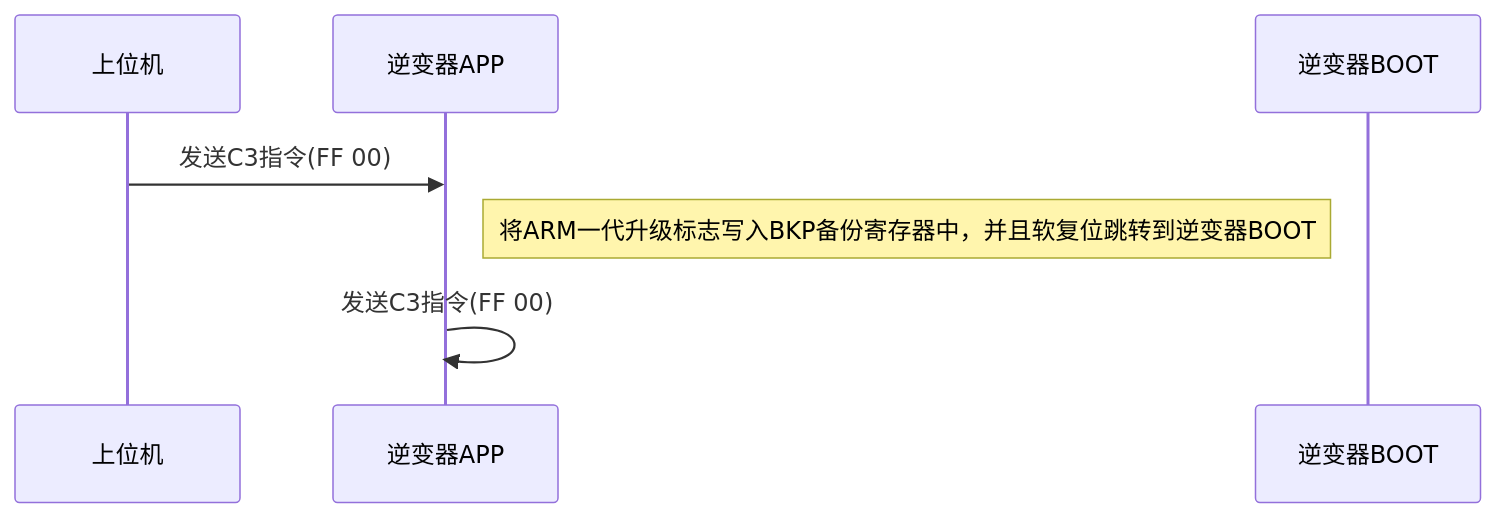
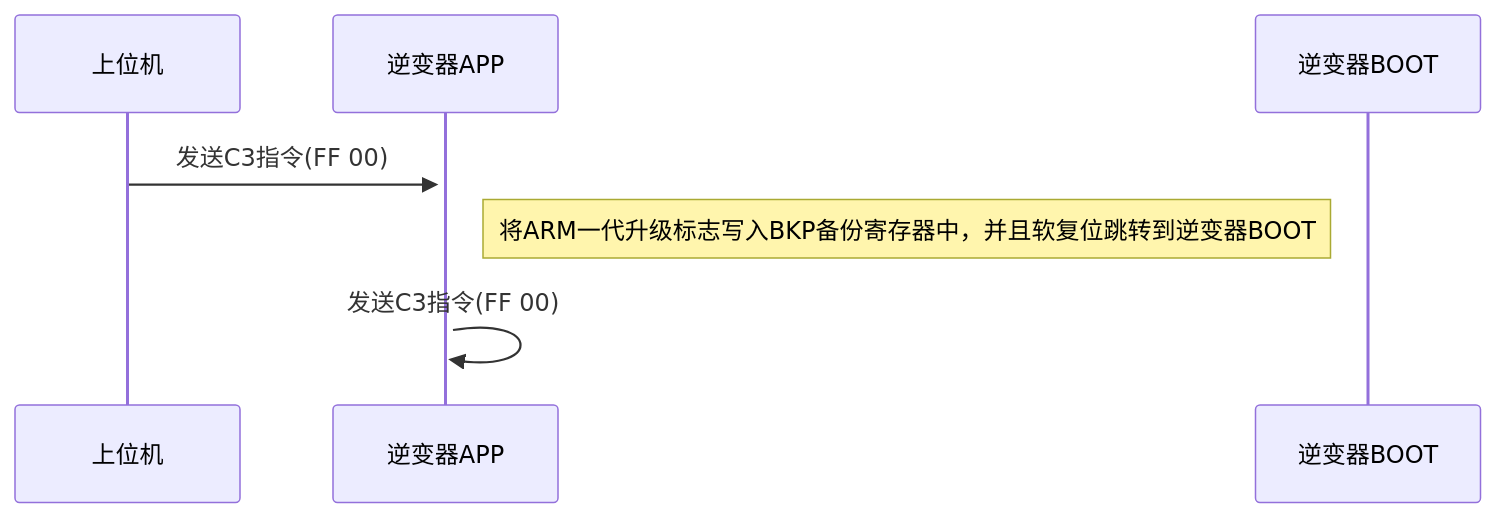
The diagram in all/未命名-2.md (2078142847/iodraw-files), drawn with Mermaid before and after one commit.

Commit message:
2024-05-30 14:37:41 update

````diff
--- a/all/未命名-2.md
+++ b/all/未命名-2.md
@@ -1,12 +1,12 @@
 ```mermaid
 sequenceDiagram
     participant A as 上位机
     participant B as 逆变器APP
     participant C as 逆变器BOOT
     
-    A->>B: 发送C3指令(FF 00)
+    A->>+B: 发送C3指令(FF 00)
     Note right of B: 将ARM一代升级标志写入BKP备份寄存器中，并且软复位跳转到逆变器BOOT
     B->>B: 发送C3指令(FF 00)
 
     
 ```
````
